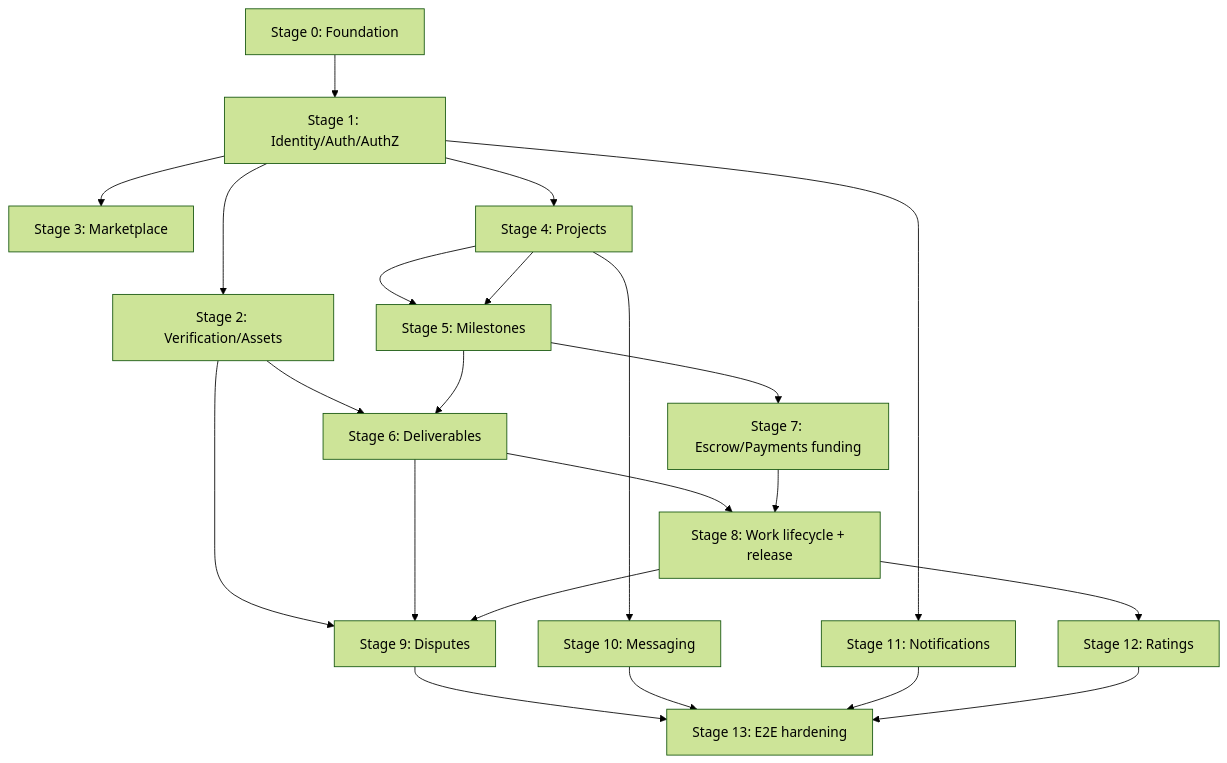
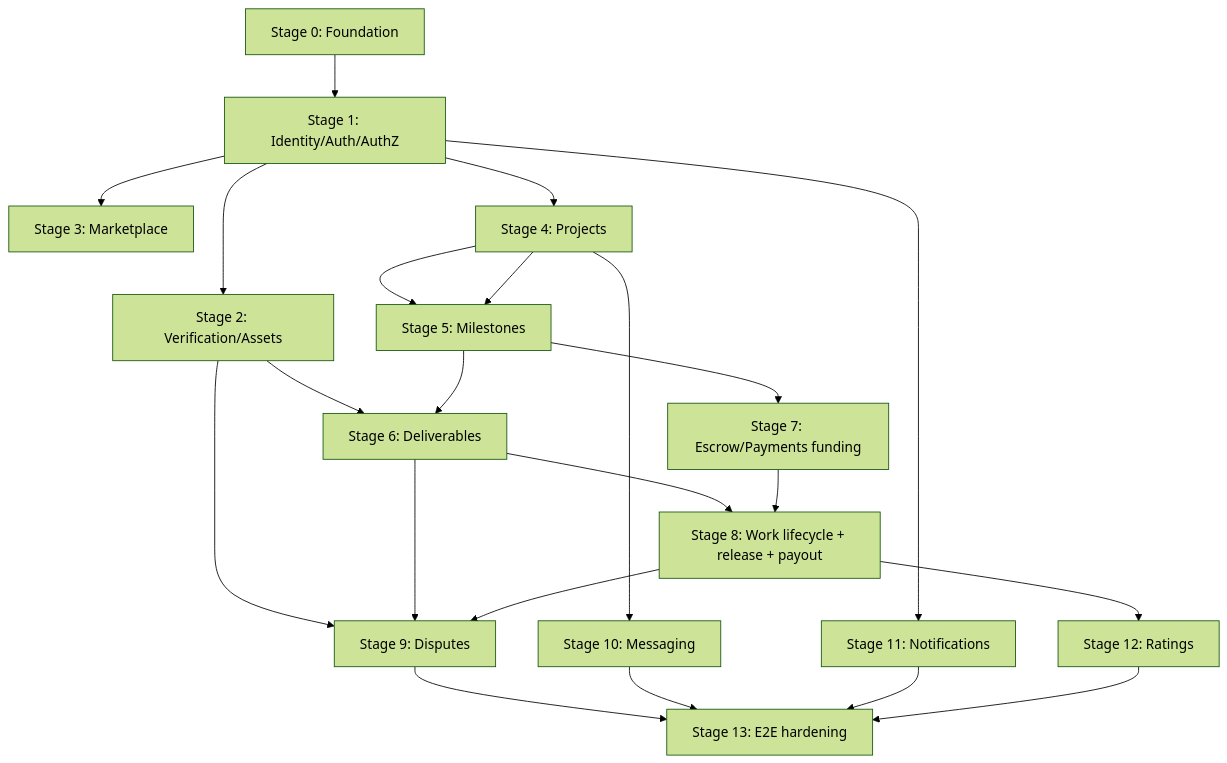
One commit to xela-ash/Music_app changed the diagram in docs/19-implementation-planning/mvp-implementation-plan.md. Above: the diagram before and after it, drawn with Mermaid (forest theme). The commit also changed other lines of this file and 1 other file, not shown here.

````diff
--- a/docs/19-implementation-planning/mvp-implementation-plan.md
+++ b/docs/19-implementation-planning/mvp-implementation-plan.md
@@ -68,24 +68,24 @@
 ```mermaid
 flowchart TD
     S0["Stage 0: Foundation"] --> S1["Stage 1: Identity/Auth/AuthZ"]
     S1 --> S2["Stage 2: Verification/Assets"]
     S1 --> S3["Stage 3: Marketplace"]
     S1 --> S4["Stage 4: Projects"]
     S4 --> S5["Stage 5: Milestones"]
     S2 --> S6["Stage 6: Deliverables"]
     S5 --> S6
     S4 --> S5
     S5 --> S7["Stage 7: Escrow/Payments funding"]
-    S6 --> S8["Stage 8: Work lifecycle + release"]
+    S6 --> S8["Stage 8: Work lifecycle + release + payout"]
     S7 --> S8
     S2 --> S9["Stage 9: Disputes"]
     S6 --> S9
     S8 --> S9
     S4 --> S10["Stage 10: Messaging"]
     S1 --> S11["Stage 11: Notifications"]
     S8 --> S12["Stage 12: Ratings"]
     S9 --> S13["Stage 13: E2E hardening"]
     S10 --> S13
     S11 --> S13
     S12 --> S13
 ```
````
